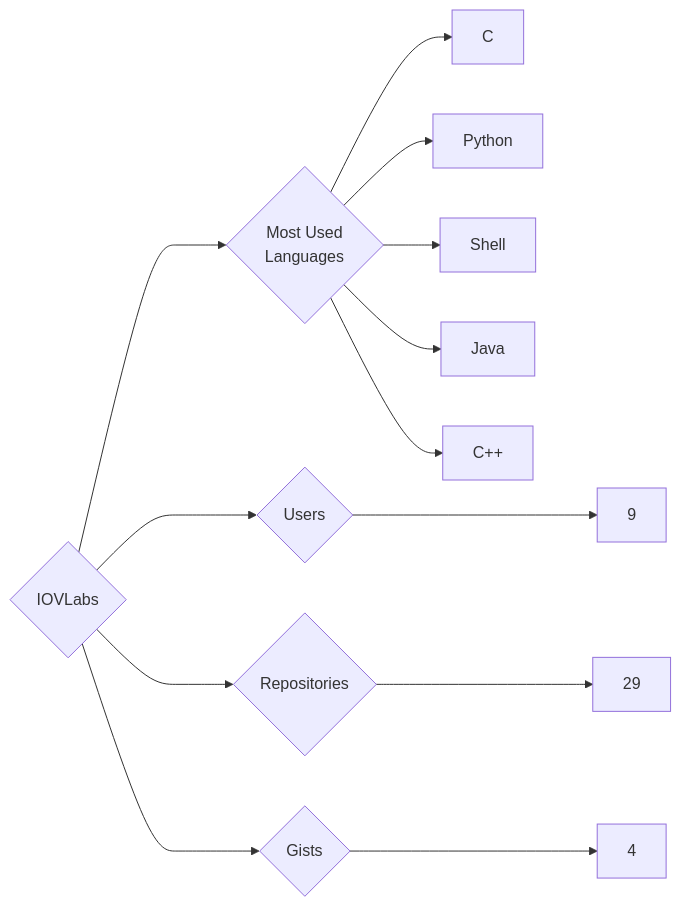
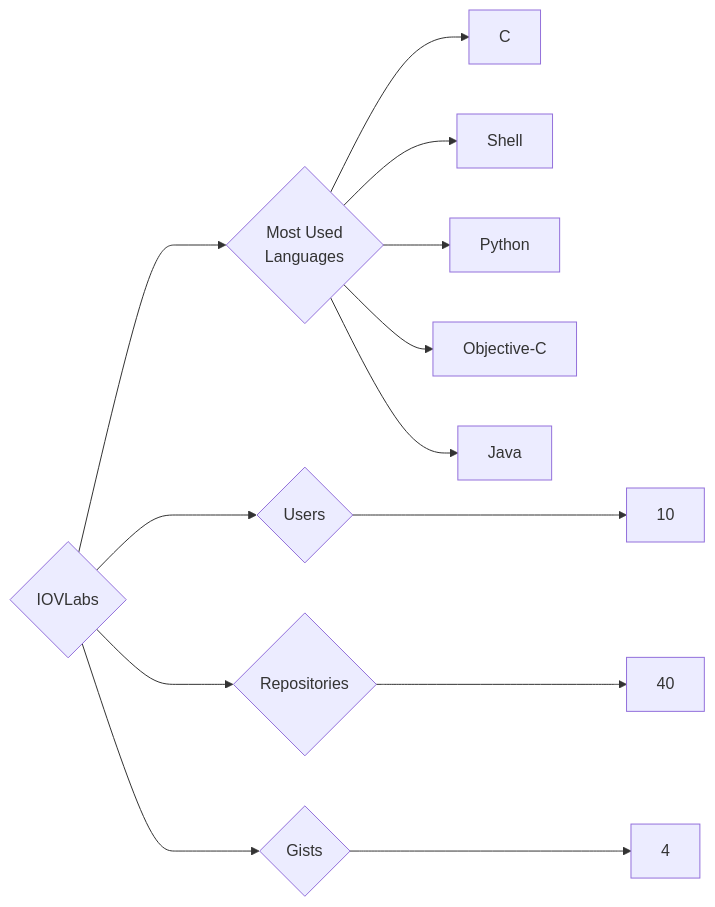
The diagram in targets/IOVLabs/README.md (trickest/insiders), drawn with Mermaid before and after one commit. The commit also changed 1078 other files, not shown here.

````diff
--- a/targets/IOVLabs/README.md
+++ b/targets/IOVLabs/README.md
@@ -3,13 +3,13 @@
 ```mermaid
 graph LR
 COMPANY_NAME{IOVLabs}
-COMPANY_NAME ---> U{Users} ---> UN[9]
-COMPANY_NAME ---> R{Repositories} ---> RN[29]
+COMPANY_NAME ---> U{Users} ---> UN[10]
+COMPANY_NAME ---> R{Repositories} ---> RN[40]
 COMPANY_NAME ---> G{Gists} ---> GN[4]
 COMPANY_NAME ---> ML{Most Used<br>Languages}
 ML --> C[C]
+ML --> Shell[Shell]
 ML --> Python[Python]
-ML --> Shell[Shell]
+ML --> Objective-C[Objective-C]
 ML --> Java[Java]
-ML --> C++[C++]
 ```
````
